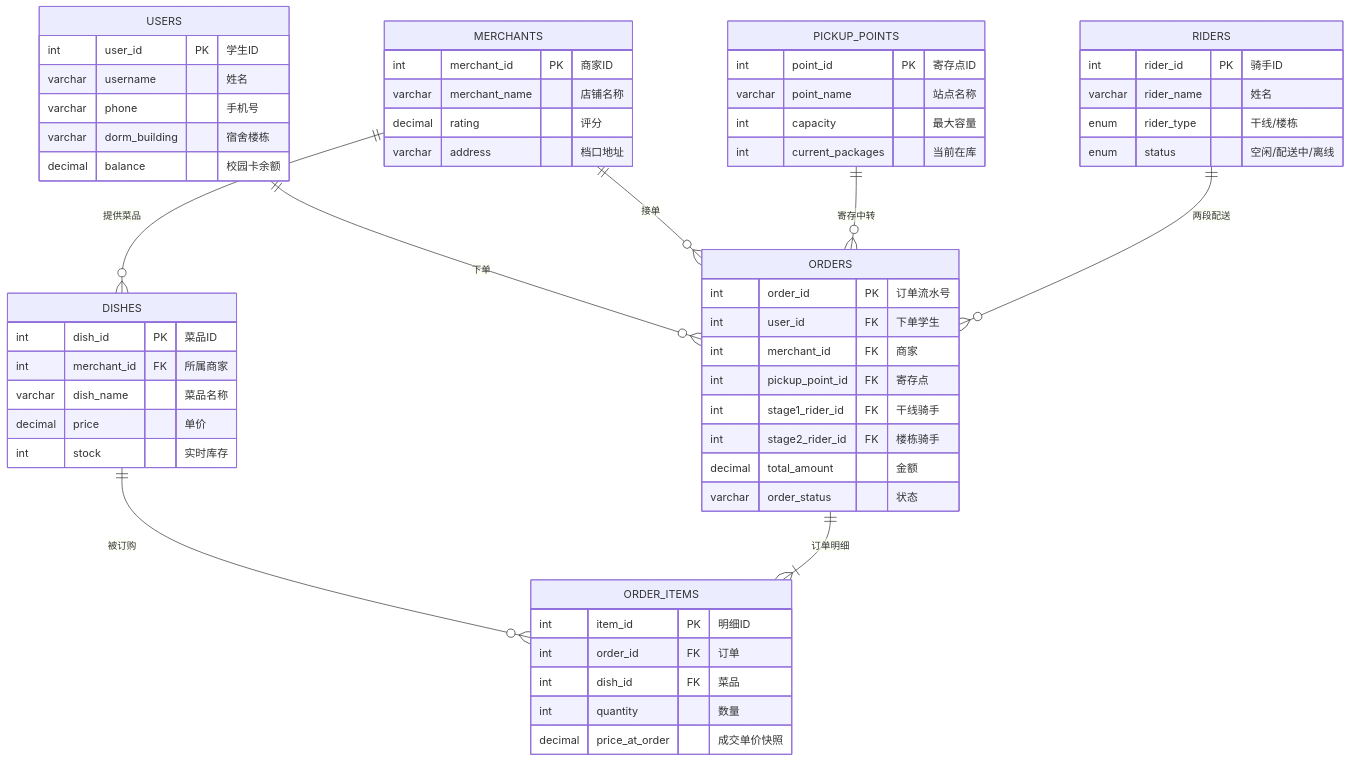
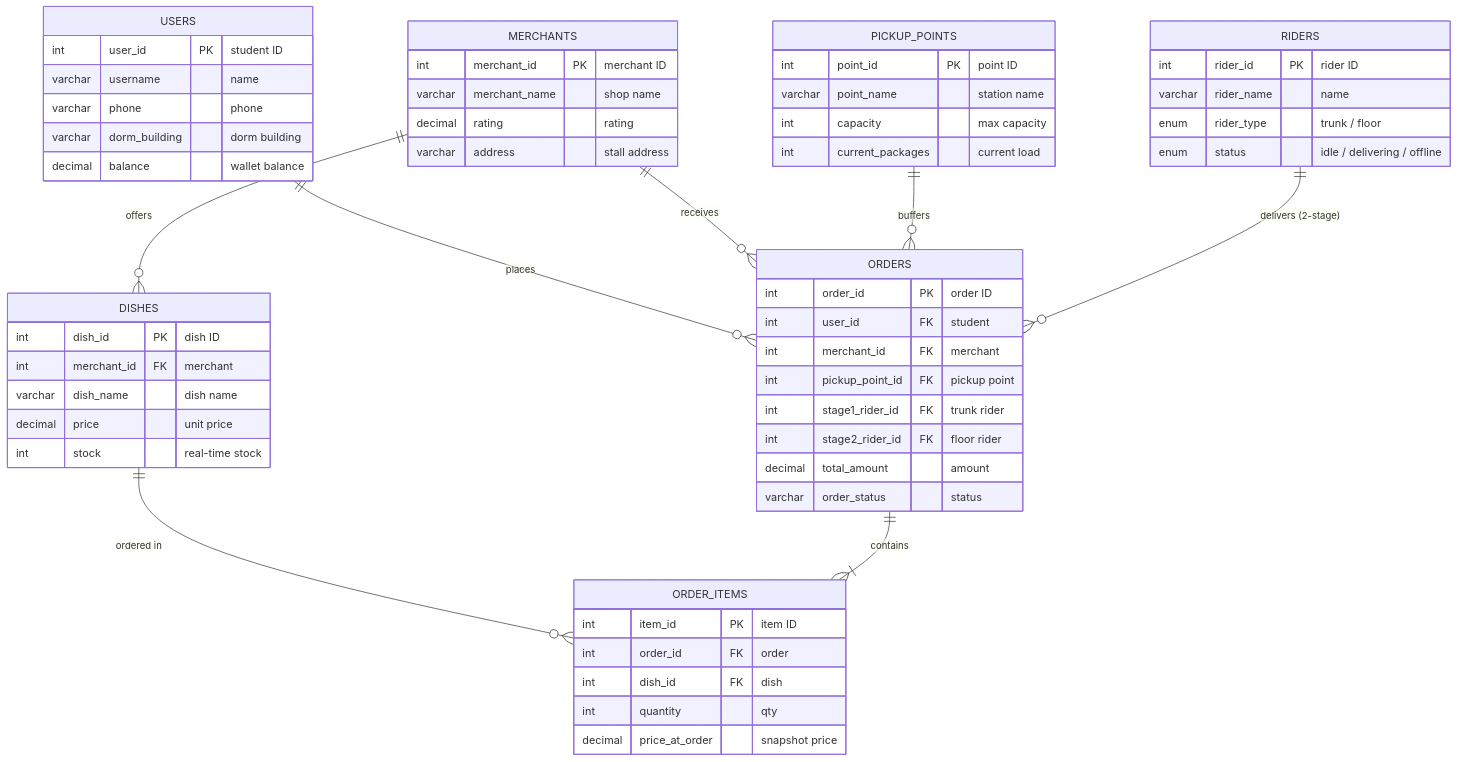
The diagram in README.md (sou1maker/database), drawn with Mermaid before and after one commit. The commit also changed other lines of this file and 8 other files, not shown here.

````diff
--- a/README.md
+++ b/README.md
@@ -47,66 +51,66 @@
 ```mermaid
 erDiagram
-    USERS ||--o{ ORDERS : "下单"
-    MERCHANTS ||--o{ DISHES : "提供菜品"
-    MERCHANTS ||--o{ ORDERS : "接单"
-    DISHES ||--o{ ORDER_ITEMS : "被订购"
-    ORDERS ||--|{ ORDER_ITEMS : "订单明细"
-    PICKUP_POINTS ||--o{ ORDERS : "寄存中转"
-    RIDERS ||--o{ ORDERS : "两段配送"
+    USERS ||--o{ ORDERS : "places"
+    MERCHANTS ||--o{ DISHES : "offers"
+    MERCHANTS ||--o{ ORDERS : "receives"
+    DISHES ||--o{ ORDER_ITEMS : "ordered in"
+    ORDERS ||--|{ ORDER_ITEMS : "contains"
+    PICKUP_POINTS ||--o{ ORDERS : "buffers"
+    RIDERS ||--o{ ORDERS : "delivers (2-stage)"
 
     USERS {
-        int user_id PK "学生ID"
-        varchar username "姓名"
-        varchar phone "手机号"
-        varchar dorm_building "宿舍楼栋"
-        decimal balance "校园卡余额"
+        int user_id PK "student ID"
+        varchar username "name"
+        varchar phone "phone"
+        varchar dorm_building "dorm building"
+        decimal balance "wallet balance"
     }
 
     MERCHANTS {
-        int merchant_id PK "商家ID"
-        varchar merchant_name "店铺名称"
-        decimal rating "评分"
-        varchar address "档口地址"
+        int merchant_id PK "merchant ID"
+        varchar merchant_name "shop name"
+        decimal rating "rating"
+        varchar address "stall address"
     }
 
     DISHES {
-        int dish_id PK "菜品ID"
-        int merchant_id FK "所属商家"
-        varchar dish_name "菜品名称"
-        decimal price "单价"
-        int stock "实时库存"
+        int dish_id PK "dish ID"
+        int merchant_id FK "merchant"
+        varchar dish_name "dish name"
+        decimal price "unit price"
+        int stock "real-time stock"
     }
 
     PICKUP_POINTS {
-        int point_id PK "寄存点ID"
-        varchar point_name "站点名称"
-        int capacity "最大容量"
-        int current_packages "当前在库"
+        int point_id PK "point ID"
+        varchar point_name "station name"
+        int capacity "max capacity"
+        int current_packages "current load"
     }
 
     RIDERS {
-        int rider_id PK "骑手ID"
-        varchar rider_name "姓名"
-        enum rider_type "干线/楼栋"
-        enum status "空闲/配送中/离线"
+        int rider_id PK "rider ID"
+        varchar rider_name "name"
+        enum rider_type "trunk / floor"
+        enum status "idle / delivering / offline"
     }
 
     ORDERS {
-        int order_id PK "订单流水号"
-        int user_id FK "下单学生"
-        int merchant_id FK "商家"
-        int pickup_point_id FK "寄存点"
-        int stage1_rider_id FK "干线骑手"
-        int stage2_rider_id FK "楼栋骑手"
-        decimal total_amount "金额"
-        varchar order_status "状态"
+        int order_id PK "order ID"
+        int user_id FK "student"
+        int merchant_id FK "merchant"
+        int pickup_point_id FK "pickup point"
+        int stage1_rider_id FK "trunk rider"
+        int stage2_rider_id FK "floor rider"
+        decimal total_amount "amount"
+        varchar order_status "status"
     }
 
     ORDER_ITEMS {
-        int item_id PK "明细ID"
-        int order_id FK "订单"
-        int dish_id FK "菜品"
-        int quantity "数量"
-        decimal price_at_order "成交单价快照"
+        int item_id PK "item ID"
+        int order_id FK "order"
+        int dish_id FK "dish"
+        int quantity "qty"
+        decimal price_at_order "snapshot price"
     }
 ```
````
